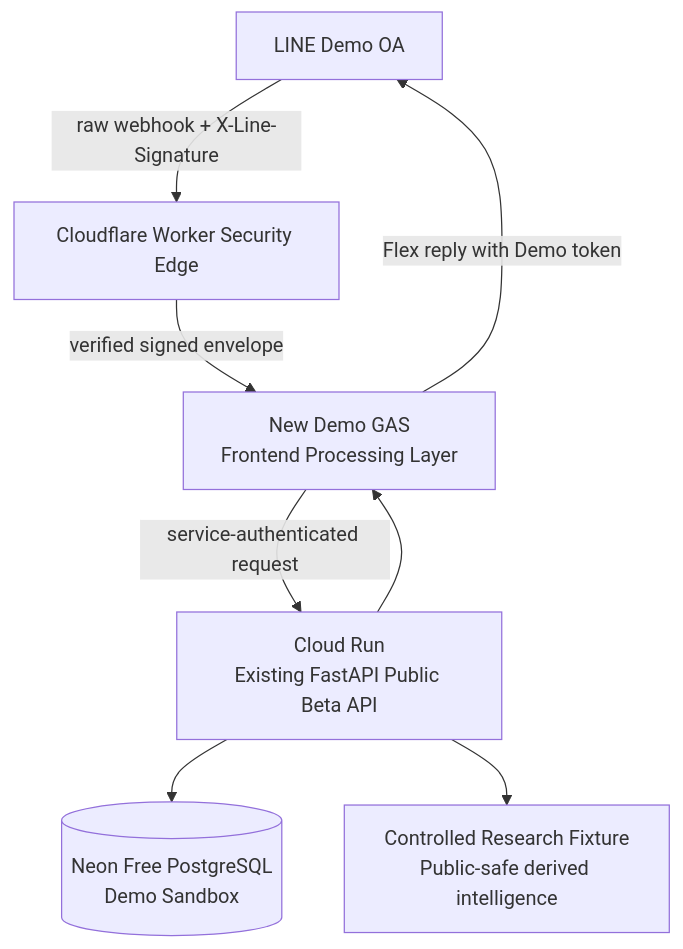
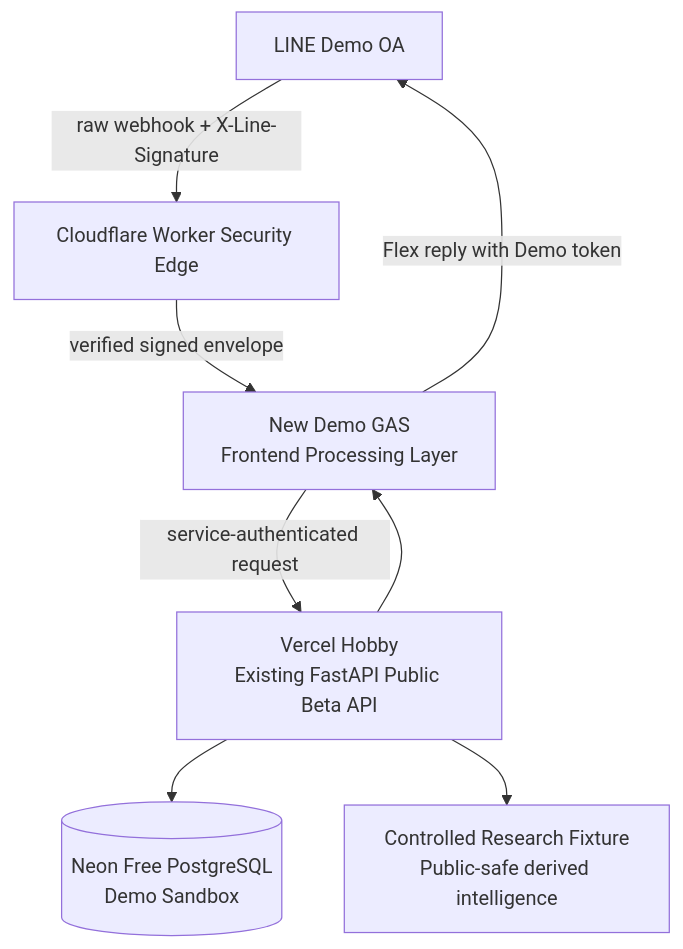
The diagram in docs/line_public_beta_architecture.md (mieuxwei/financial-ai-assistant), drawn with Mermaid before and after one commit. The commit also changed other lines of this file and 10 other files, not shown here.

Commit message:
Switch public beta backend to Vercel Hobby

````diff
--- a/docs/line_public_beta_architecture.md
+++ b/docs/line_public_beta_architecture.md
@@ -32,10 +32,10 @@
 ```mermaid
 flowchart TD
     L[LINE Demo OA] -->|raw webhook + X-Line-Signature| E[Cloudflare Worker Security Edge]
     E -->|verified signed envelope| G[New Demo GAS\nFrontend Processing Layer]
-    G -->|service-authenticated request| A[Cloud Run\nExisting FastAPI Public Beta API]
+    G -->|service-authenticated request| A[Vercel Hobby\nExisting FastAPI Public Beta API]
     A --> D[(Neon Free PostgreSQL\nDemo Sandbox)]
     A --> R[Controlled Research Fixture\nPublic-safe derived intelligence]
     A --> G
     G -->|Flex reply with Demo token| L
 ```
````
